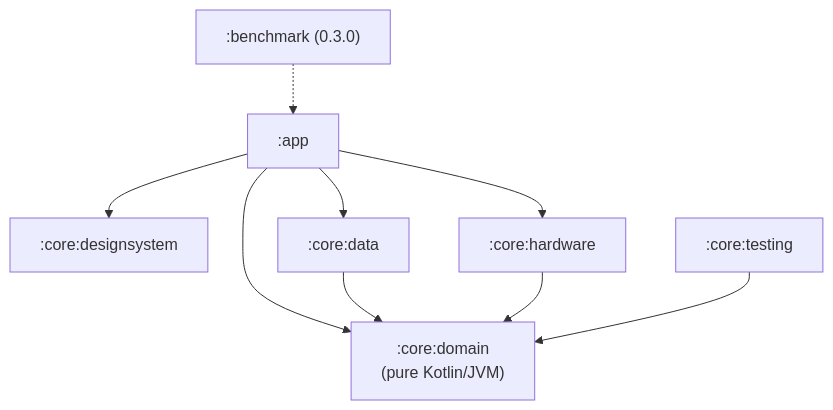
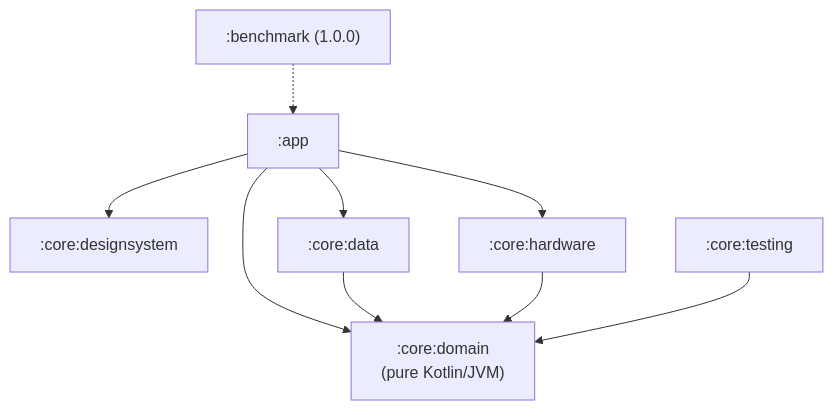
Before and after one commit to MustakimArianto/Hitachi-Kiosk: the second of 5 diagrams in docs/architecture.md, drawn with Mermaid. The commit also changed 5 other files, not shown here.

````diff
--- a/docs/architecture.md
+++ b/docs/architecture.md
@@ -57,19 +57,19 @@
 ```mermaid
 flowchart TD
     app[":app"]
     ds[":core:designsystem"]
     domain[":core:domain<br/>(pure Kotlin/JVM)"]
     data[":core:data"]
     hw[":core:hardware"]
     testing[":core:testing"]
-    bench[":benchmark (0.3.0)"]
+    bench[":benchmark (1.0.0)"]
 
     app --> ds
     app --> domain
     app --> data
     app --> hw
     data --> domain
     hw --> domain
     testing --> domain
     bench -.-> app
 ```
````
